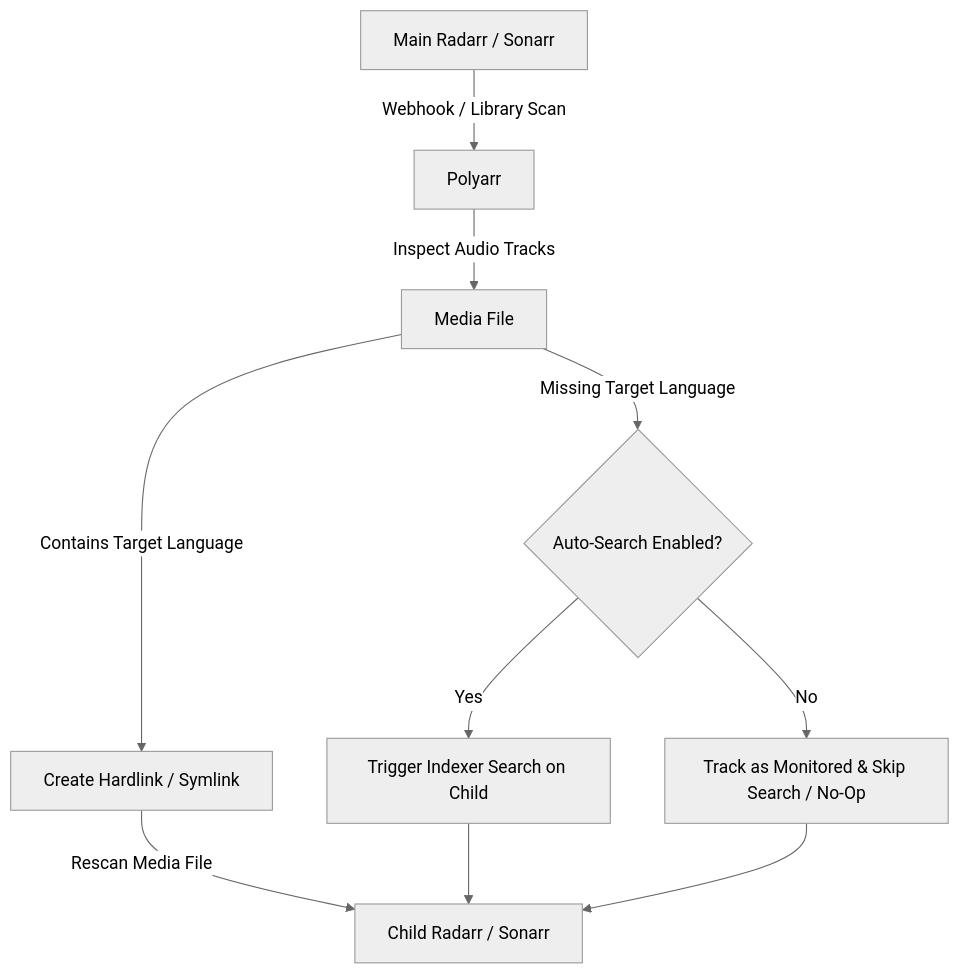
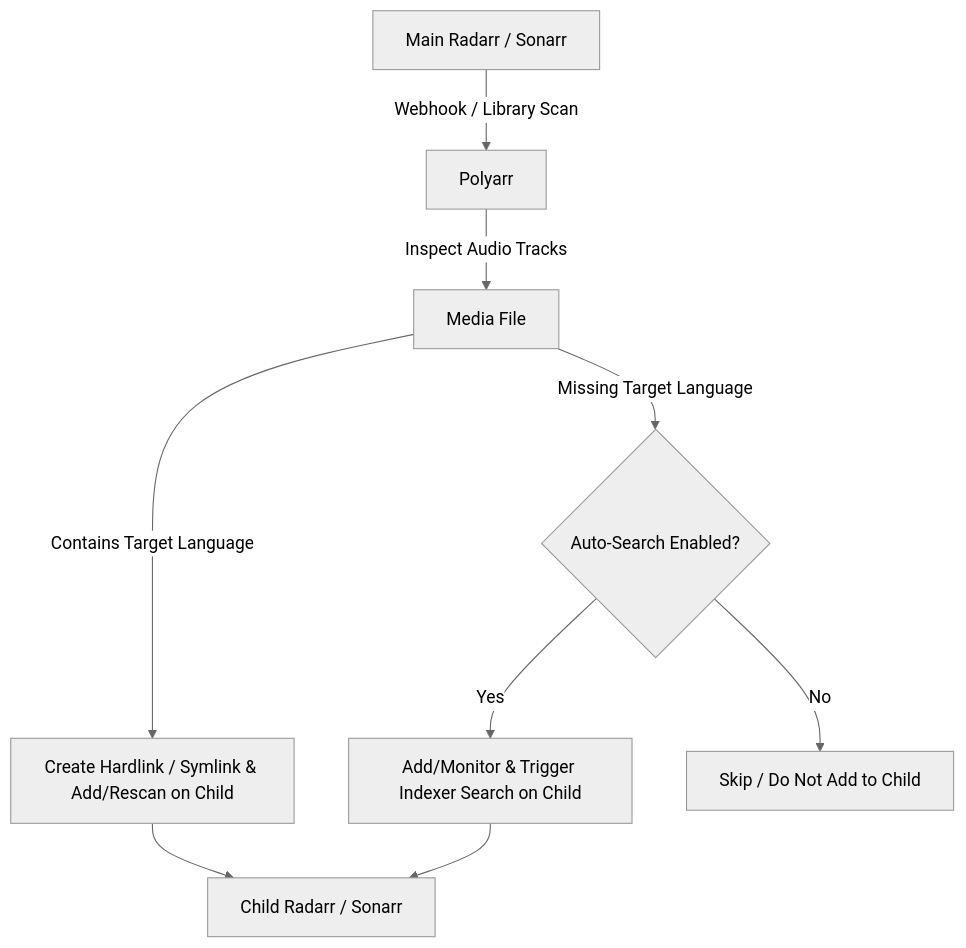
One commit to ControlTowarr/polyarr changed the diagram in README.md. Above: the diagram before and after it, drawn with Mermaid (neutral theme). The commit also changed other lines of this file and 8 other files, not shown here.

Commit message:
feat: unify auto-search domain rules, improve search delay descriptions, and optimize history modal UX

````diff
--- a/README.md
+++ b/README.md
@@ -26,12 +26,11 @@
 ```mermaid
 graph TD;
     Main[Main Radarr / Sonarr] -->|Webhook / Library Scan| Polyarr;
     Polyarr -->|Inspect Audio Tracks| Media[Media File];
-    Media -->|Contains Target Language| Link[Create Hardlink / Symlink];
-    Link -->|Rescan Media File| Child[Child Radarr / Sonarr];
+    Media -->|Contains Target Language| Link[Create Hardlink / Symlink & Add/Rescan on Child];
+    Link --> Child[Child Radarr / Sonarr];
     Media -->|Missing Target Language| CheckAuto{Auto-Search Enabled?};
-    CheckAuto -->|Yes| Search[Trigger Indexer Search on Child];
-    CheckAuto -->|No| NoOp[Track as Monitored & Skip Search / No-Op];
+    CheckAuto -->|Yes| Search[Add/Monitor & Trigger Indexer Search on Child];
+    CheckAuto -->|No| NoOp[Skip / Do Not Add to Child];
     Search --> Child;
-    NoOp --> Child;
 ```
````
